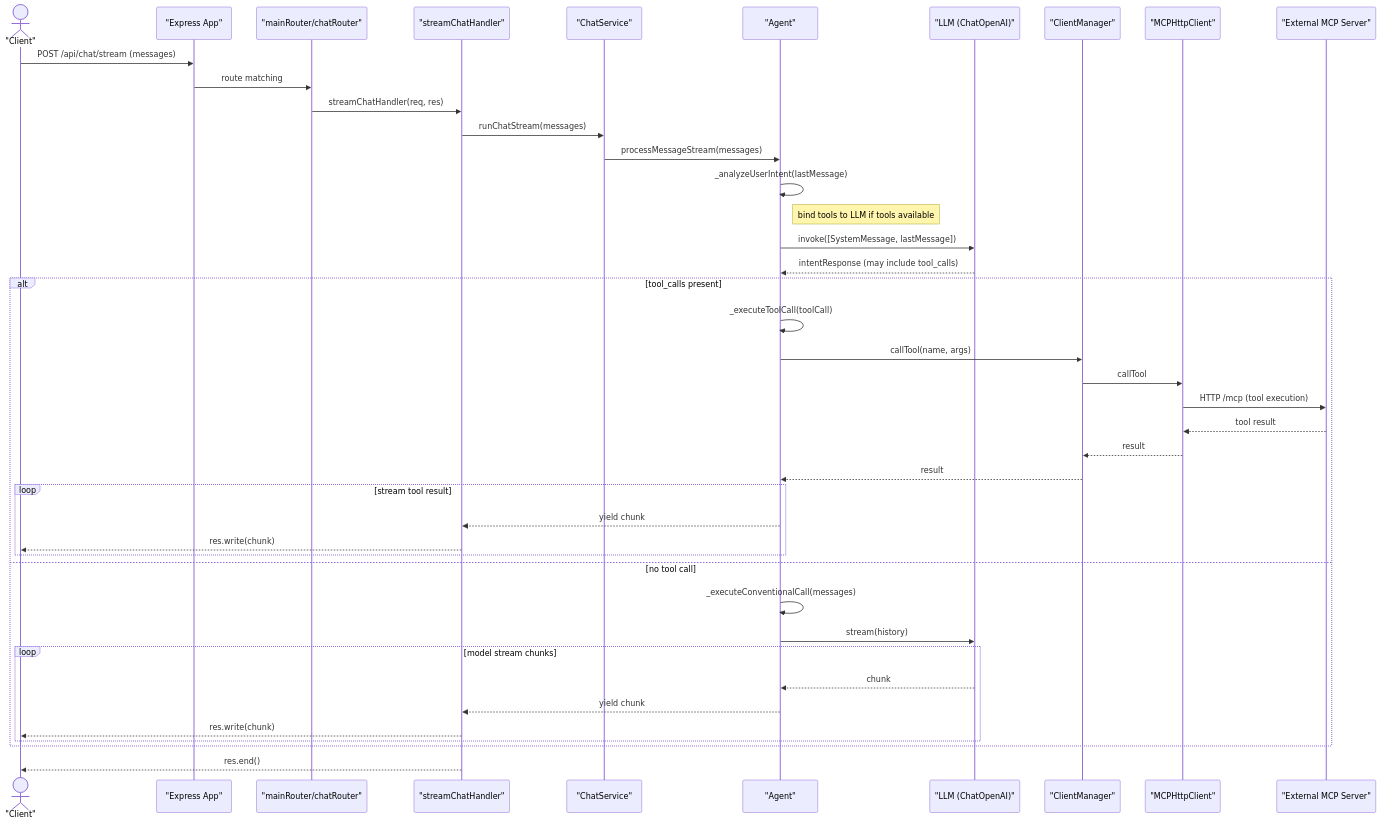
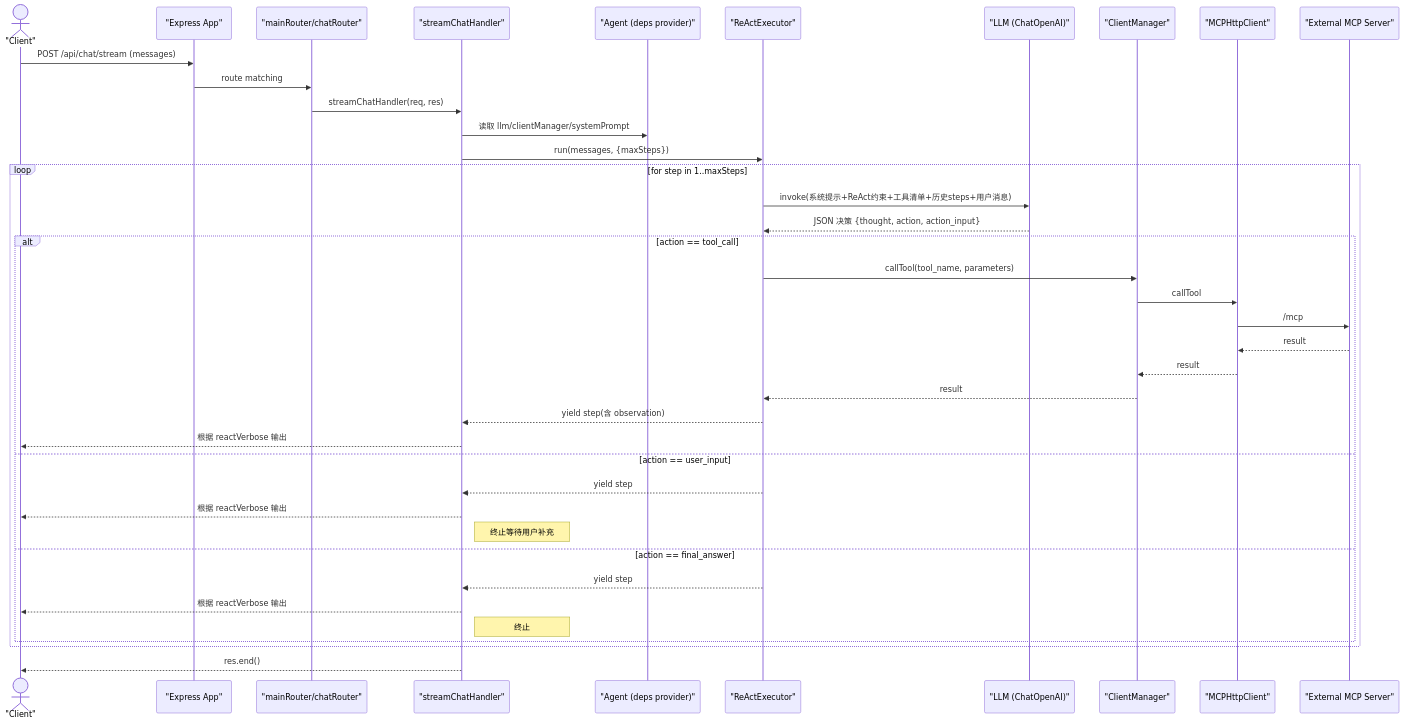
The diagram in docs/flow.md (seemrcola/bot-server), drawn with Mermaid before and after one commit. The commit also changed other lines of this file and 1 other file, not shown here.

Commit message:
wip: refactor ReAct flow

````diff
--- a/docs/flow.md
+++ b/docs/flow.md
@@ -3,48 +3,44 @@
 ```mermaid
 sequenceDiagram
   actor Client as "Client"
   participant Express as "Express App"
   participant Router as "mainRouter/chatRouter"
   participant Controller as "streamChatHandler"
-  participant Service as "ChatService"
-  participant Agent as "Agent"
+  participant Agent as "Agent (deps provider)"
+  participant ReAct as "ReActExecutor"
   participant LLM as "LLM (ChatOpenAI)"
   participant CM as "ClientManager"
   participant MCP as "MCPHttpClient"
   participant Ext as "External MCP Server"
 
   Client->>Express: POST /api/chat/stream (messages)
   Express->>Router: route matching
   Router->>Controller: streamChatHandler(req, res)
-  Controller->>Service: runChatStream(messages)
-  Service->>Agent: processMessageStream(messages)
+  Controller->>Agent: 读取 llm/clientManager/systemPrompt
+  Controller->>ReAct: run(messages, {maxSteps})
 
-  Agent->>Agent: _analyzeUserIntent(lastMessage)
-  Note right of Agent: bind tools to LLM if tools available
-  Agent->>LLM: invoke([SystemMessage, lastMessage])
-  LLM-->>Agent: intentResponse (may include tool_calls)
-
-  alt tool_calls present
-    Agent->>Agent: _executeToolCall(toolCall)
-    Agent->>CM: callTool(name, args)
-    CM->>MCP: callTool
-    MCP->>Ext: HTTP /mcp (tool execution)
-    Ext-->>MCP: tool result
-    MCP-->>CM: result
-    CM-->>Agent: result
-    loop stream tool result
-      Agent-->>Controller: yield chunk
-      Controller-->>Client: res.write(chunk)
-    end
-  else no tool call
-    Agent->>Agent: _executeConventionalCall(messages)
-    Agent->>LLM: stream(history)
-    loop model stream chunks
-      LLM-->>Agent: chunk
-      Agent-->>Controller: yield chunk
-      Controller-->>Client: res.write(chunk)
+  loop for step in 1..maxSteps
+    ReAct->>LLM: invoke(系统提示+ReAct约束+工具清单+历史steps+用户消息)
+    LLM-->>ReAct: JSON 决策 {thought, action, action_input}
+    alt action == tool_call
+      ReAct->>CM: callTool(tool_name, parameters)
+      CM->>MCP: callTool
+      MCP->>Ext: /mcp
+      Ext-->>MCP: result
+      MCP-->>CM: result
+      CM-->>ReAct: result
+      ReAct-->>Controller: yield step(含 observation)
+      Controller-->>Client: 根据 reactVerbose 输出
+    else action == user_input
+      ReAct-->>Controller: yield step
+      Controller-->>Client: 根据 reactVerbose 输出
+      Note right of Controller: 终止等待用户补充
+    else action == final_answer
+      ReAct-->>Controller: yield step
+      Controller-->>Client: 根据 reactVerbose 输出
+      Note right of Controller: 终止
     end
   end
 
   Controller-->>Client: res.end()
 ```
````
